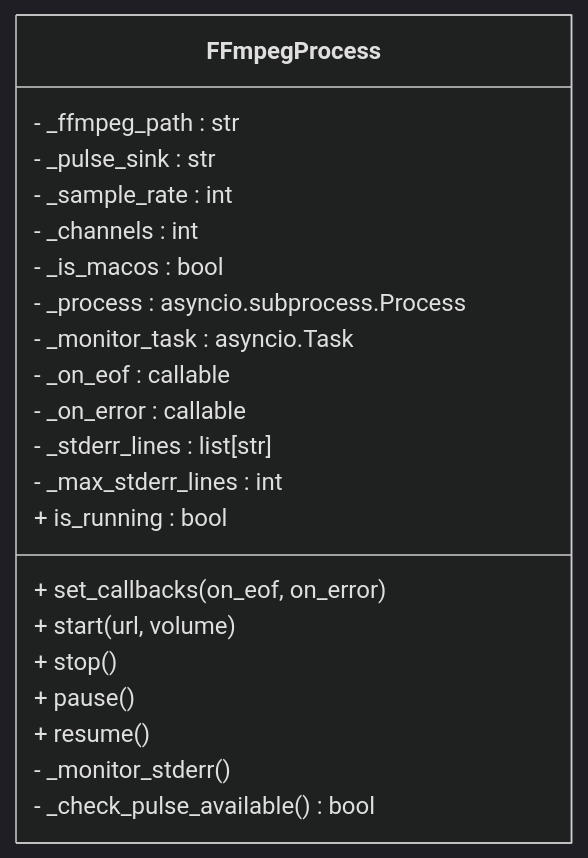
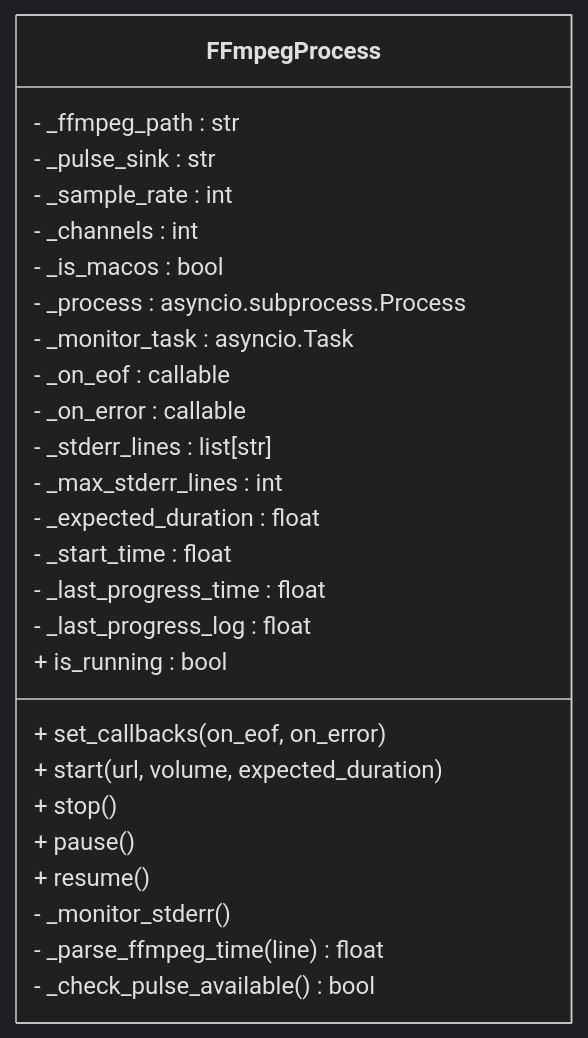
The third of 7 diagrams in .qoder/repowiki/zh/content/音乐播放系统/FFmpeg集成.md (GhoulOwl/Teamspeak3_Bot), drawn with Mermaid (dark theme) before and after one commit. The commit also changed other lines of this file and 7 other files, not shown here.

````diff
--- a/.qoder/repowiki/zh/content/音乐播放系统/FFmpeg集成.md
+++ b/.qoder/repowiki/zh/content/音乐播放系统/FFmpeg集成.md
@@ -190,24 +196,29 @@
 ```mermaid
 classDiagram
 class FFmpegProcess {
 - _ffmpeg_path : str
 - _pulse_sink : str
 - _sample_rate : int
 - _channels : int
 - _is_macos : bool
 - _process : asyncio.subprocess.Process
 - _monitor_task : asyncio.Task
 - _on_eof : callable
 - _on_error : callable
 - _stderr_lines : list[str]
 - _max_stderr_lines : int
+- _expected_duration : float
+- _start_time : float
+- _last_progress_time : float
+- _last_progress_log : float
 + is_running : bool
 + set_callbacks(on_eof, on_error)
-+ start(url, volume)
++ start(url, volume, expected_duration)
 + stop()
 + pause()
 + resume()
 - _monitor_stderr()
+- _parse_ffmpeg_time(line) float
 - _check_pulse_available() bool
 }
 ```
````
